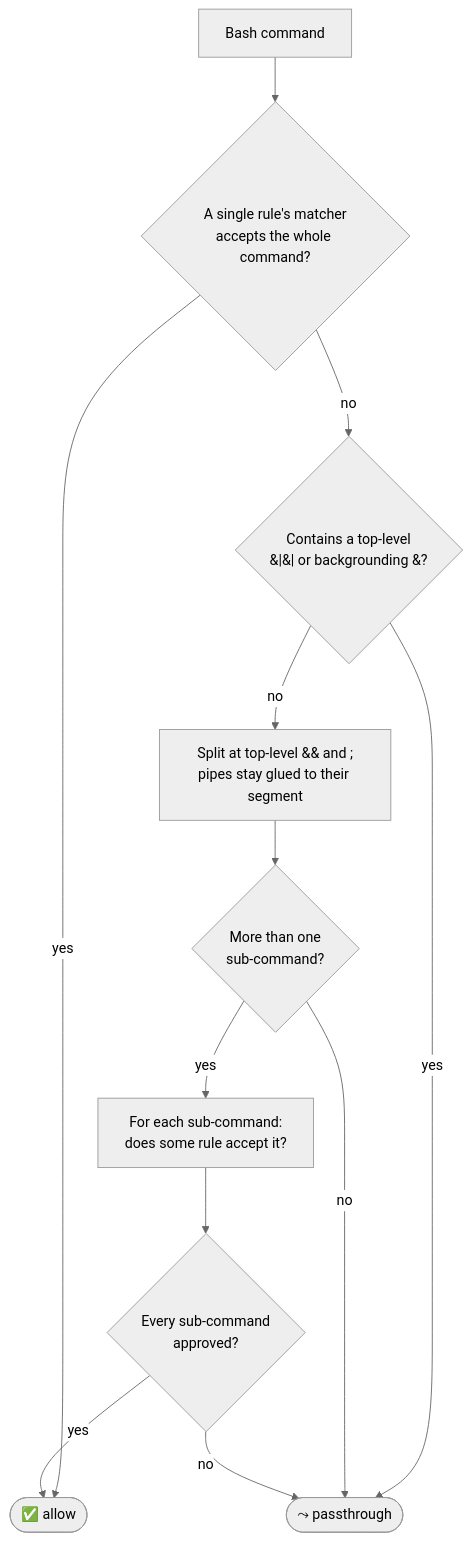
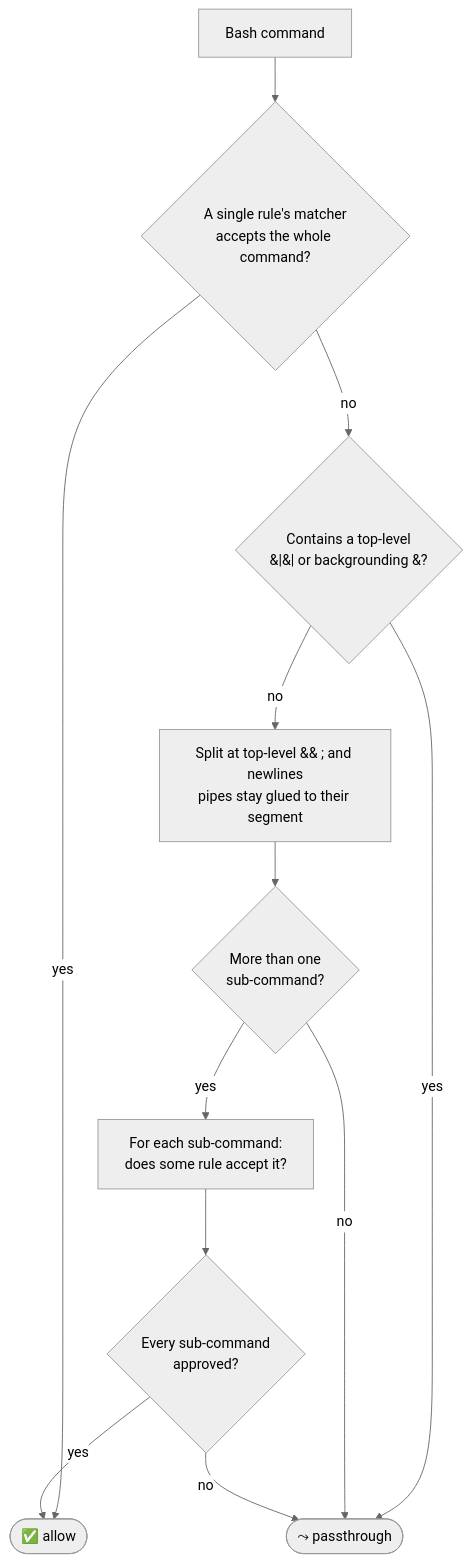
Before and after one commit to adityamatt/anumati: the diagram in README.md, drawn with Mermaid (neutral theme). The commit also changed other lines of this file and 10 other files, not shown here.

````diff
--- a/README.md
+++ b/README.md
@@ -27,14 +27,14 @@
 ```mermaid
 flowchart TD
     A[Bash command] --> B{A single rule's matcher<br/>accepts the whole command?}
     B -- yes --> ALLOW([✅ allow])
     B -- no --> C{Contains a top-level<br/>&#124;&#124; or backgrounding &?}
     C -- yes --> PASS([⤳ passthrough])
-    C -- no --> D[Split at top-level && and ;<br/>pipes stay glued to their segment]
+    C -- no --> D[Split at top-level && ; and newlines<br/>pipes stay glued to their segment]
     D --> E{More than one<br/>sub-command?}
     E -- no --> PASS
     E -- yes --> F[For each sub-command:<br/>does some rule accept it?]
     F --> G{Every sub-command<br/>approved?}
     G -- yes --> ALLOW
     G -- no --> PASS
 ```
````
